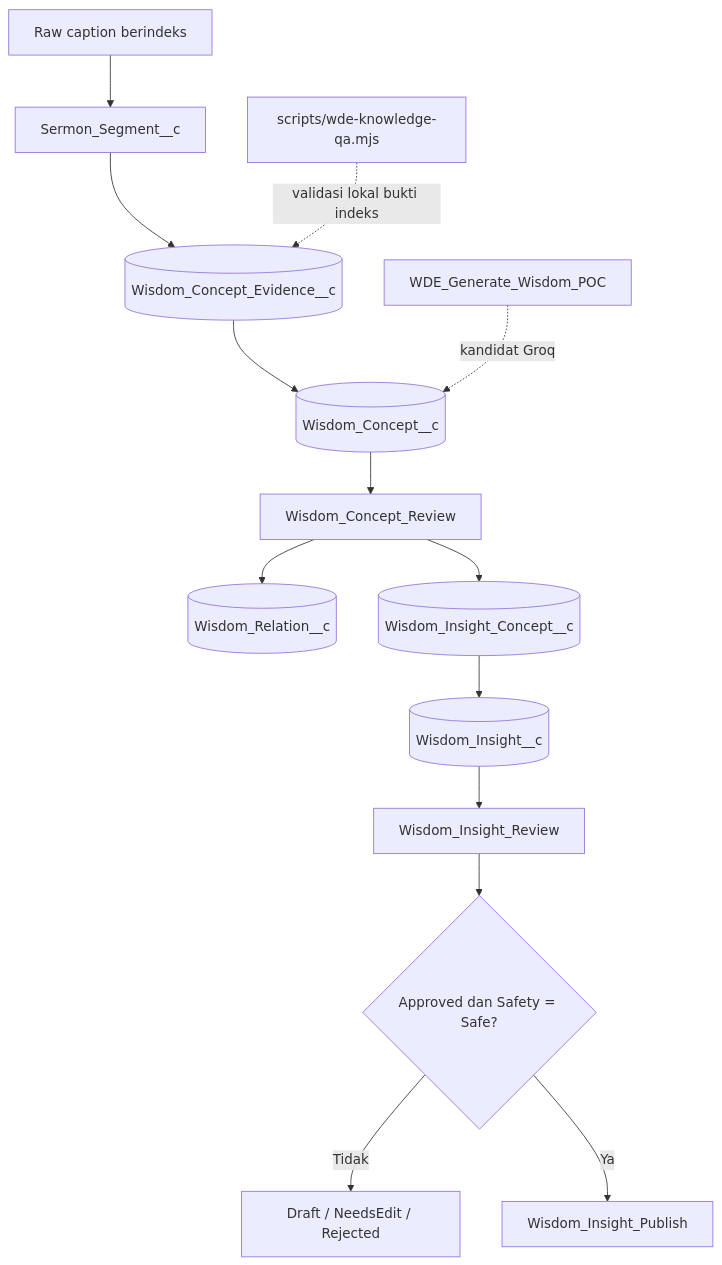
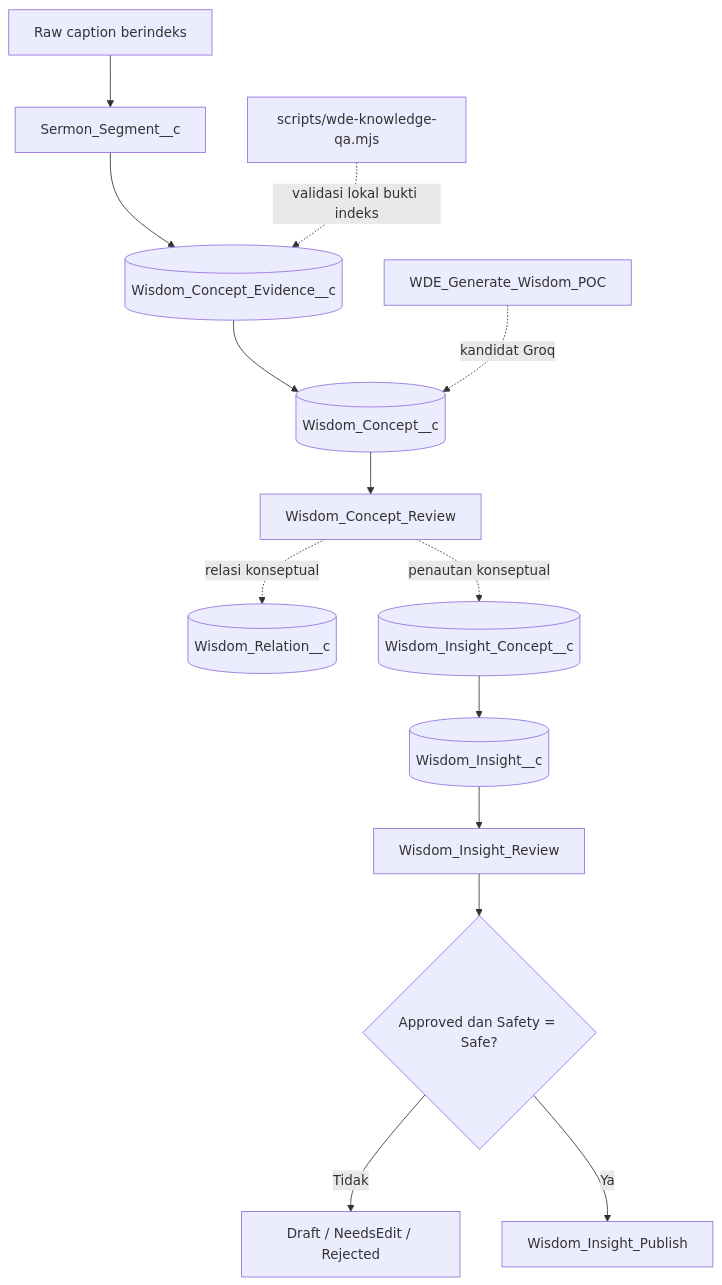
Before and after one commit to jimmytobing/Syntetic-Wisdom: diagram 11 of 28 in SADD-WDE.md, drawn with Mermaid. The commit also changed other lines of this file, not shown here.

Commit message:
docs(wde): clarify async Flow XML status and non-automatic process links

````diff
--- a/SADD-WDE.md
+++ b/SADD-WDE.md
@@ -233,16 +233,16 @@
 ```mermaid
 flowchart TB
   RAW["Raw caption berindeks"] --> SEG["Sermon_Segment__c"]
   SEG --> EVID[("Wisdom_Concept_Evidence__c")]
   EVID --> CONCEPT[("Wisdom_Concept__c")]
   POC["WDE_Generate_Wisdom_POC"] -. "kandidat Groq" .-> CONCEPT
   CONCEPT --> REVIEW["Wisdom_Concept_Review"]
-  REVIEW --> REL[("Wisdom_Relation__c")]
-  REVIEW --> JOIN[("Wisdom_Insight_Concept__c")]
+  REVIEW -. "relasi konseptual" .-> REL[("Wisdom_Relation__c")]
+  REVIEW -. "penautan konseptual" .-> JOIN[("Wisdom_Insight_Concept__c")]
   JOIN --> INSIGHT[("Wisdom_Insight__c")]
   INSIGHT --> IR["Wisdom_Insight_Review"]
   IR --> GATE{"Approved dan Safety = Safe?"}
   GATE -- "Tidak" --> HOLD["Draft / NeedsEdit / Rejected"]
   GATE -- "Ya" --> PUB["Wisdom_Insight_Publish"]
   QA["scripts/wde-knowledge-qa.mjs"] -. "validasi lokal bukti indeks" .-> EVID
 ```
````
